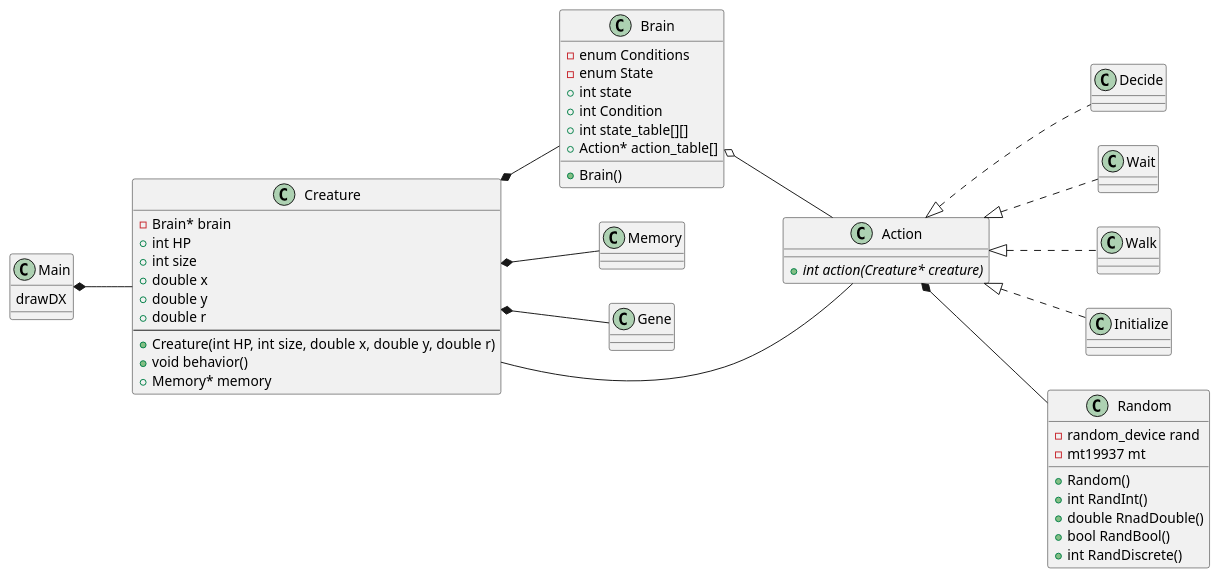
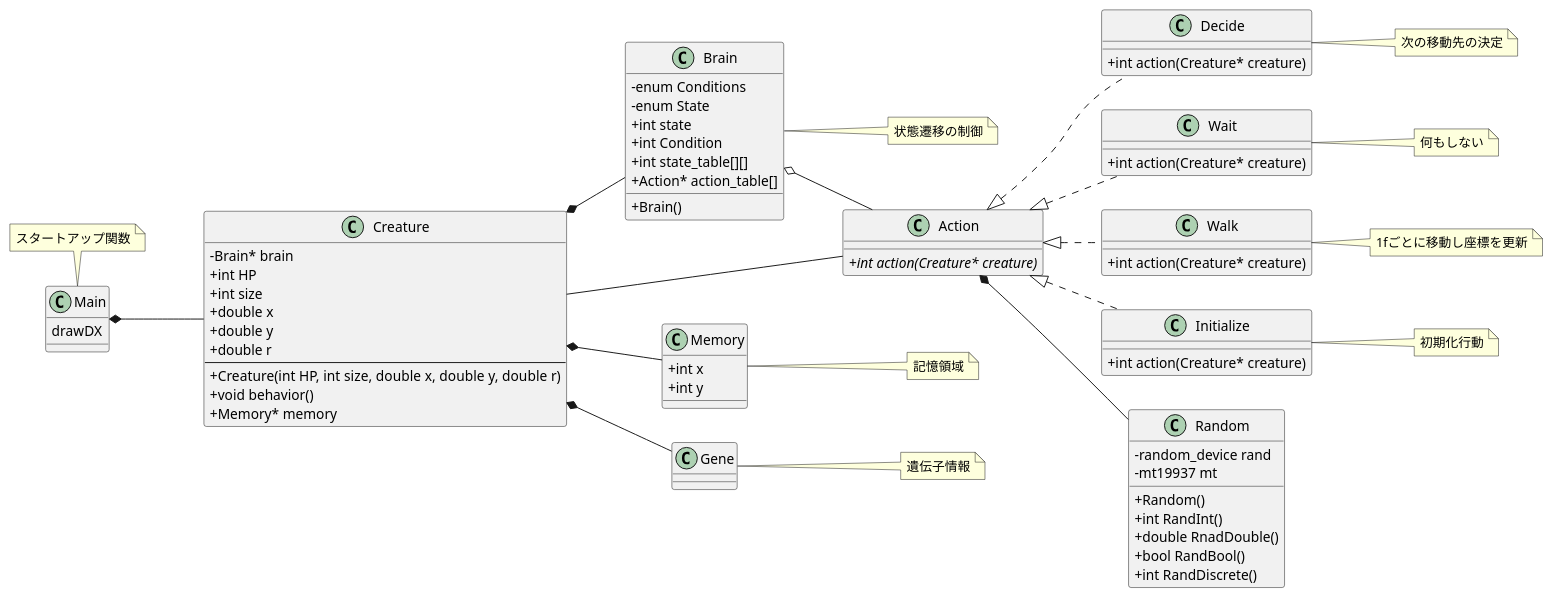
The diagram in class.pu (kumokumo1653/ALIFE), drawn with PlantUML before and after one commit. The commit also changed 1 other file, not shown here.

Commit message:
クラス図

```diff
--- a/class.pu
+++ b/class.pu
@@ -1,70 +1,79 @@
 @startuml
 left to right direction
-
+skinparam classAttributeIconSize 0
 class Main{
     drawDX
 }
+note top: スタートアップ関数
 class Creature{
     - Brain* brain
     + int HP
     + int size
     + double x
     + double y
     + double r
     --
     + Creature(int HP, int size, double x, double y, double r)
     + void behavior()
     + Memory* memory
 }
 class Brain{
     - enum Conditions
     - enum State
     + Brain()
     + int state
     + int Condition
     + int state_table[][]
     + Action* action_table[]
 }
+note right: 状態遷移の制御
 class Memory{
-
+    + int x
+    + int y
 }
+note right: 記憶領域
 class Gene{
 
 }
+note right: 遺伝子情報
 
 class Action{
     +{abstract} int action(Creature* creature)
 }
 class Decide{
-
+    + int action(Creature* creature)
 }
+note right: 次の移動先の決定
 class Wait{
-
+    + int action(Creature* creature)
 }
+note right: 何もしない
 class Walk{
-
+    + int action(Creature* creature)
 }
+note right: 1fごとに移動し座標を更新
 class Initialize{
-
+    + int action(Creature* creature)
 }
+note right: 初期化行動
 class Random{
     - random_device rand
     - mt19937 mt
     + Random()
     + int RandInt()
     + double RnadDouble()
     + bool RandBool()
     + int RandDiscrete()
 }
 Action <|.. Wait
 Action <|.. Walk
 Action <|.. Decide
 Action <|.. Initialize
 Action *-- Random
 Creature *-- Brain
 Creature *-- Memory
 Creature *-- Gene
 Brain o-- Action
 Creature -- Action
 Main *-- Creature
 @enduml
```
